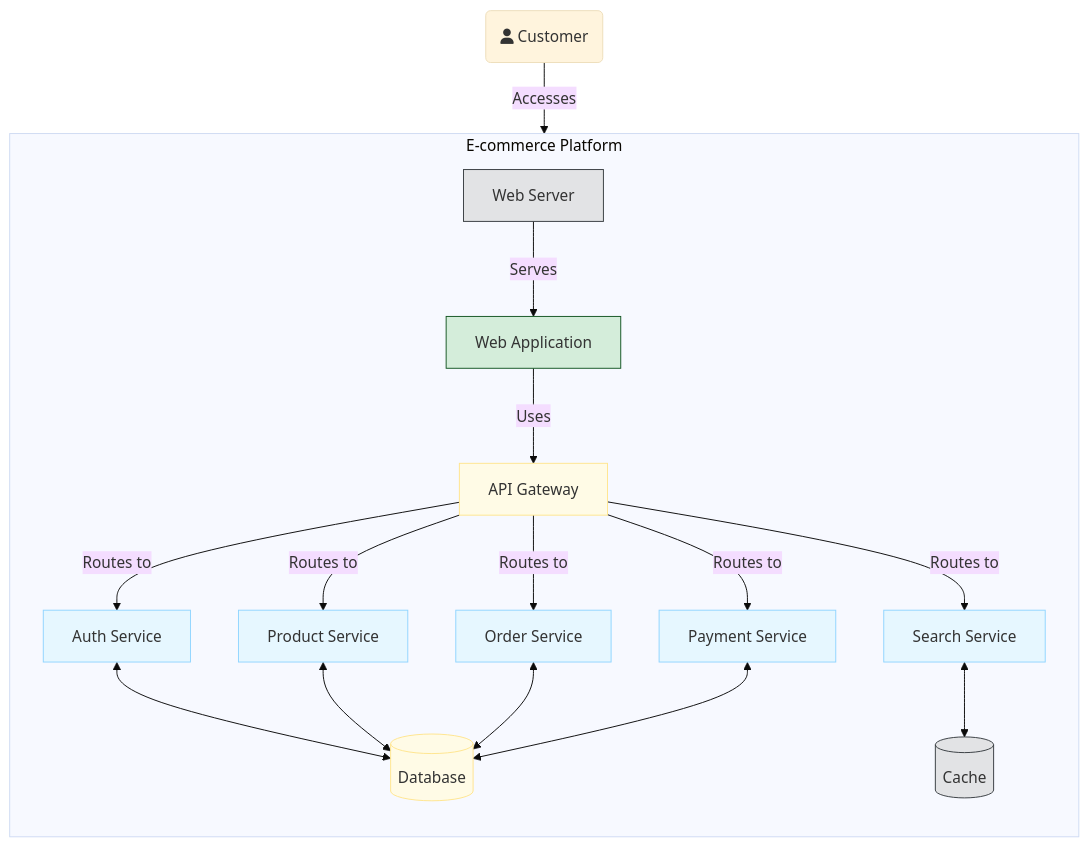
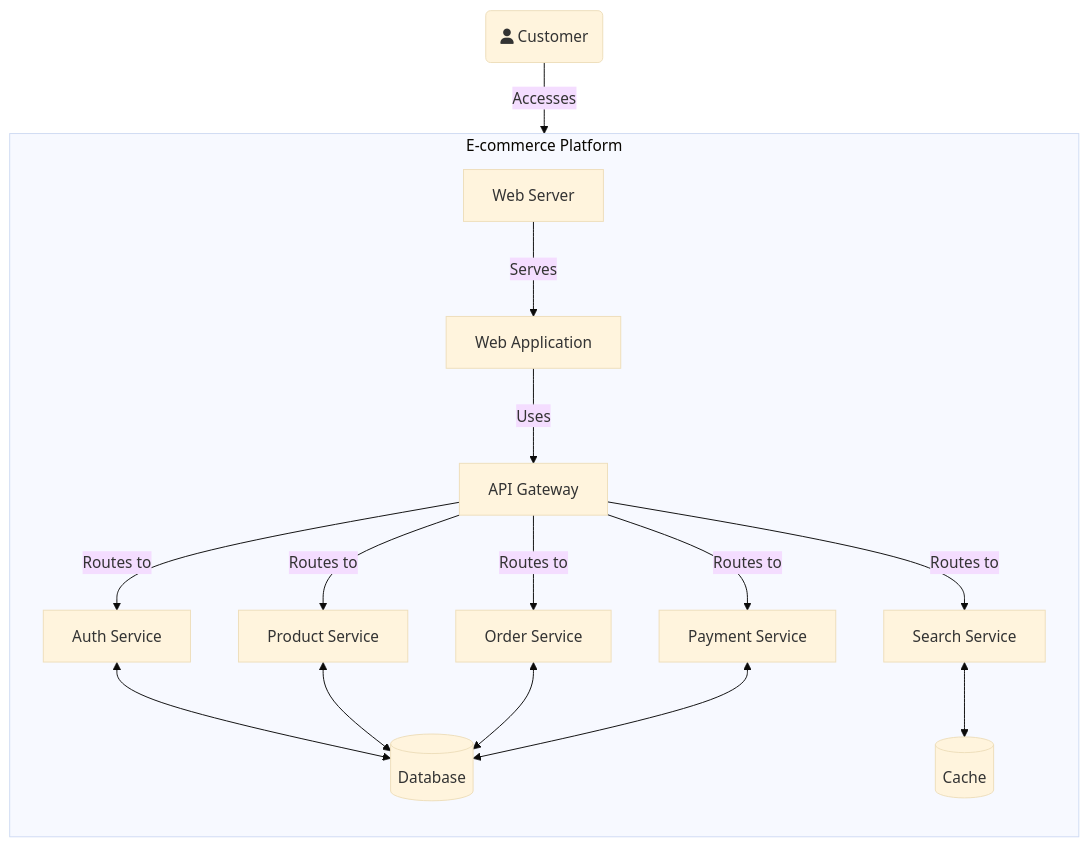
One commit to sujith-eag/sujith-library changed the fourth of 8 diagrams in docs/software-modeling/c4-model.md. Above: the diagram before and after it, drawn with Mermaid (base theme). The commit also changed other lines of this file and 41 other files, not shown here.

First line of the commit message:
Refactor diagrams and remove redundant styles in documentation

````diff
--- a/docs/software-modeling/c4-model.md
+++ b/docs/software-modeling/c4-model.md
@@ -121,43 +104,32 @@
 ```mermaid
 graph TD
     subgraph "E-commerce Platform"
         direction TB
         
         WebServer[Web Server]
         WebApp[Web Application]
         APIGateway[API Gateway]
         AuthService[Auth Service]
         ProductService[Product Service]
         OrderService[Order Service]
         PaymentService[Payment Service]
         SearchService[Search Service]
         Database[(Database)]
         Cache[(Cache)]
     end
 
     Customer(fa:fa-user Customer) -- "Accesses" --> WebServer
     WebServer -- "Serves" --> WebApp
     WebApp -- "Uses" --> APIGateway
     APIGateway -- "Routes to" --> AuthService
     APIGateway -- "Routes to" --> ProductService
     APIGateway -- "Routes to" --> OrderService
     APIGateway -- "Routes to" --> PaymentService
     APIGateway -- "Routes to" --> SearchService
 
     AuthService <--> Database
     ProductService <--> Database
     OrderService <--> Database
     PaymentService <--> Database
     SearchService <--> Cache
-
-    style WebServer fill:#e2e3e5,stroke:#383d41
-    style WebApp fill:#d4edda,stroke:#155724
-    style APIGateway fill:#fffbe6,stroke:#ffe58f
-    style AuthService fill:#e6f7ff,stroke:#91d5ff
-    style ProductService fill:#e6f7ff,stroke:#91d5ff
-    style OrderService fill:#e6f7ff,stroke:#91d5ff
-    style PaymentService fill:#e6f7ff,stroke:#91d5ff
-    style SearchService fill:#e6f7ff,stroke:#91d5ff
-    style Database fill:#fffbe6,stroke:#ffe58f
-    style Cache fill:#e2e3e5,stroke:#383d41
 ```
````
